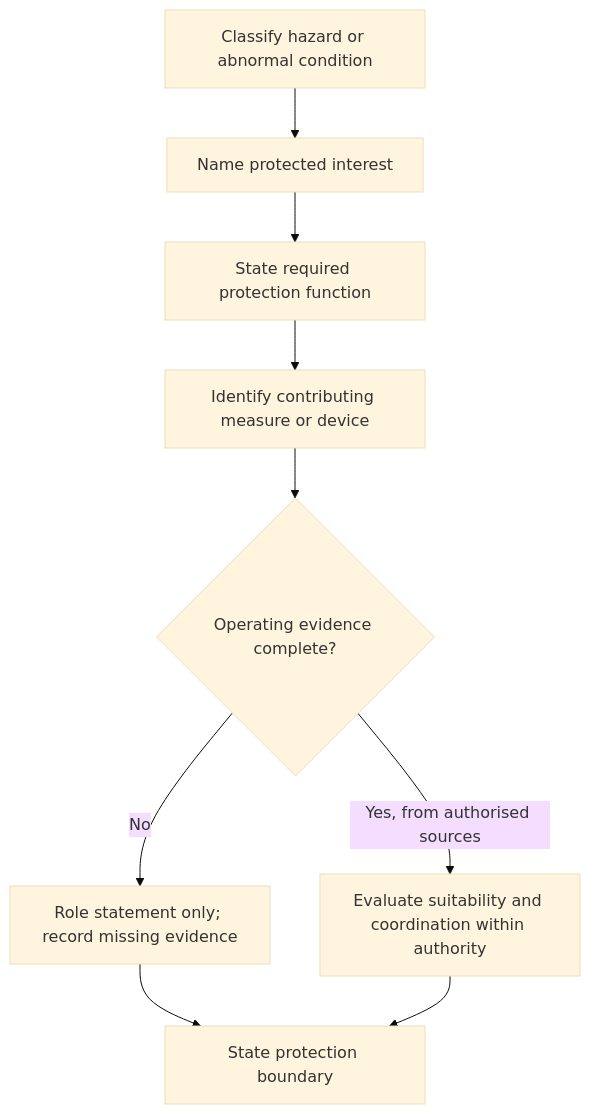
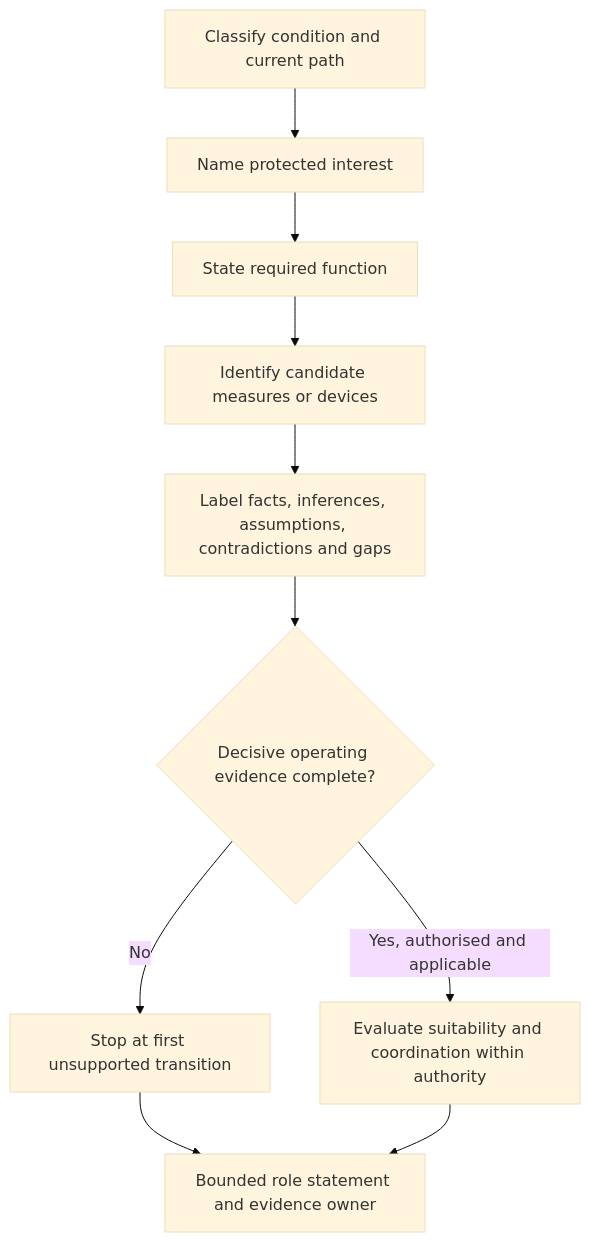
One commit to andrew3stedall/capstone changed the first of 2 diagrams in docs/learning-plans/12-week/modules/day-10-protective-device-roles-and-protection-boundaries.md. Above: the diagram before and after it, drawn with Mermaid (base theme). The commit also changed other lines of this file and 3 other files, not shown here.

Commit message:
Improve Day 10 protection-role reasoning

````diff
--- a/docs/learning-plans/12-week/modules/day-10-protective-device-roles-and-protection-boundaries.md
+++ b/docs/learning-plans/12-week/modules/day-10-protective-device-roles-and-protection-boundaries.md
@@ -155,11 +141,12 @@
 ```mermaid
 flowchart TD
-    A["Classify hazard or abnormal condition"] --> B["Name protected interest"]
-    B --> C["State required protection function"]
-    C --> D["Identify contributing measure or device"]
-    D --> E{"Operating evidence complete?"}
-    E -->|"No"| F["Role statement only; record missing evidence"]
-    E -->|"Yes, from authorised sources"| G["Evaluate suitability and coordination within authority"]
-    F --> H["State protection boundary"]
-    G --> H
+    A["Classify condition and current path"] --> B["Name protected interest"]
+    B --> C["State required function"]
+    C --> D["Identify candidate measures or devices"]
+    D --> E["Label facts, inferences, assumptions, contradictions and gaps"]
+    E --> F{"Decisive operating evidence complete?"}
+    F -->|"No"| G["Stop at first unsupported transition"]
+    F -->|"Yes, authorised and applicable"| H["Evaluate suitability and coordination within authority"]
+    G --> I["Bounded role statement and evidence owner"]
+    H --> I
 ```
````
